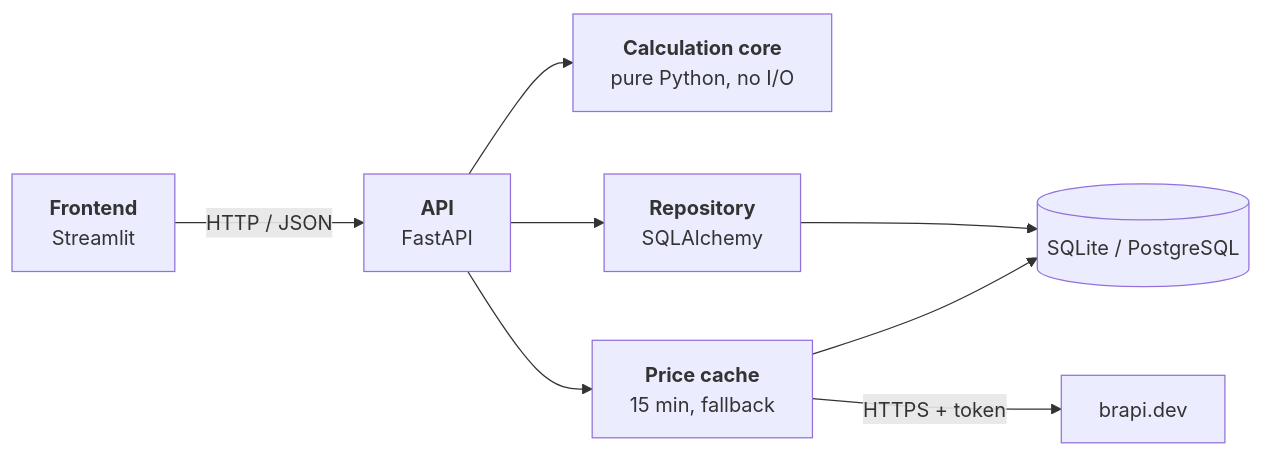
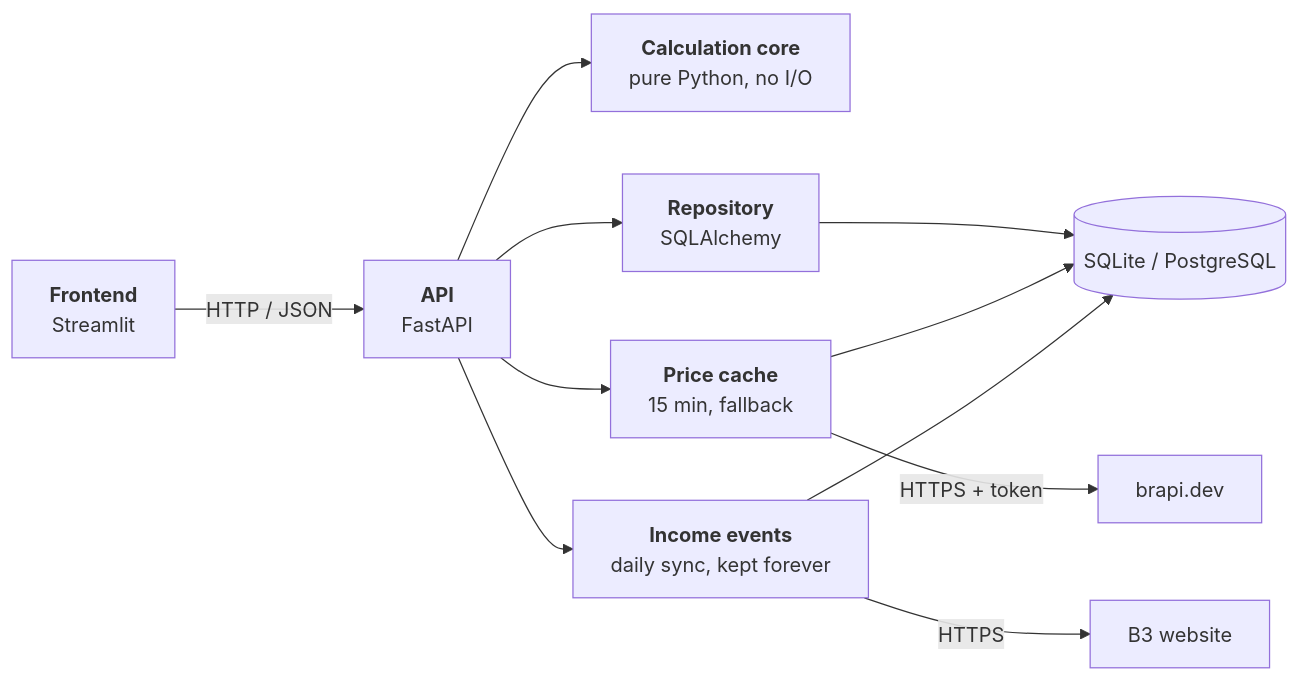
One commit to samuel-mendes-monteiro/InvestTrack changed the diagram in README.md. Above: the diagram before and after it, drawn with Mermaid. The commit also changed other lines of this file and 18 other files, not shown here.

First line of the commit message:
Add dividends, JCP and FII income computed from B3 events

````diff
--- a/README.md
+++ b/README.md
@@ -37,10 +38,13 @@
 ```mermaid
 flowchart LR
     UI["<b>Frontend</b><br/>Streamlit"] -- "HTTP / JSON" --> API["<b>API</b><br/>FastAPI"]
     API --> Core["<b>Calculation core</b><br/>pure Python, no I/O"]
     API --> Repo["<b>Repository</b><br/>SQLAlchemy"]
     Repo --> DB[("SQLite / PostgreSQL")]
     API --> Prices["<b>Price cache</b><br/>15 min, fallback"]
     Prices -- "HTTPS + token" --> Brapi["brapi.dev"]
     Prices --> DB
+    API --> Events["<b>Income events</b><br/>daily sync, kept forever"]
+    Events -- "HTTPS" --> B3["B3 website"]
+    Events --> DB
 ```
````
